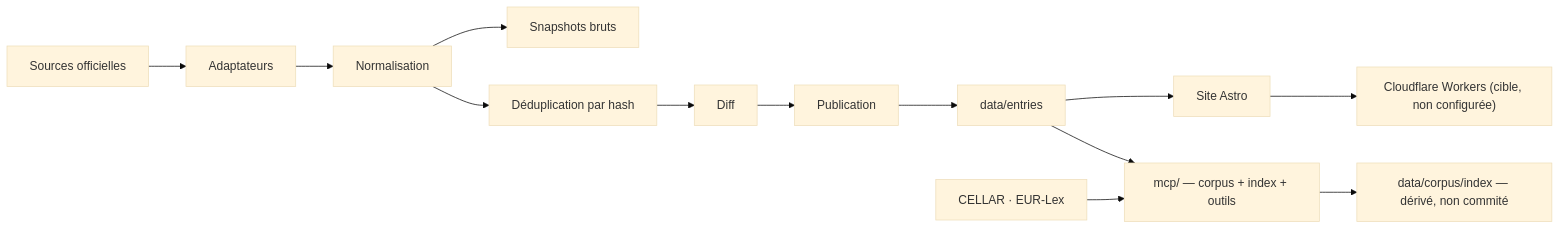
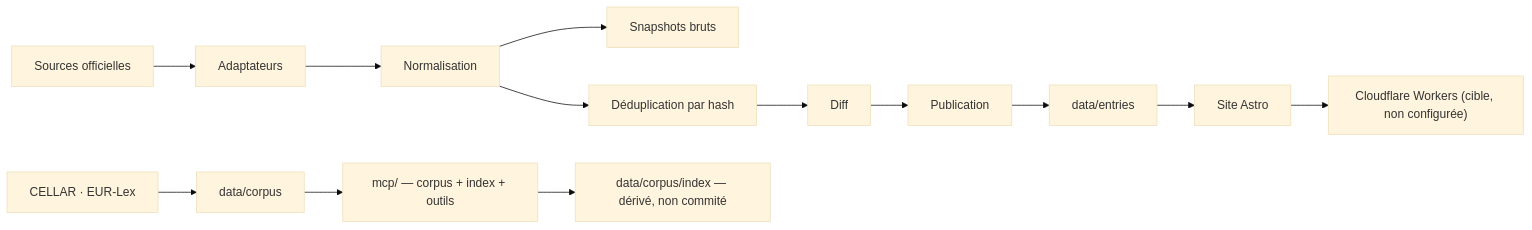
Before and after one commit to Beccariavf/vitrine: the diagram in aidd_docs/memory/architecture.md, drawn with Mermaid (base theme). The commit also changed other lines of this file and 7 other files, not shown here.

````diff
--- a/aidd_docs/memory/architecture.md
+++ b/aidd_docs/memory/architecture.md
@@ -13,15 +13,15 @@
 ```mermaid
 flowchart LR
   SRC["Sources officielles"] --> A["Adaptateurs"]
   A --> N["Normalisation"]
   N --> R["Snapshots bruts"]
   N --> U["Déduplication par hash"]
   U --> F["Diff"]
   F --> P["Publication"]
   P --> E["data/entries"]
   E --> S["Site Astro"]
   S --> W["Cloudflare Workers (cible, non configurée)"]
-  CELLAR["CELLAR · EUR-Lex"] --> MCP["mcp/ — corpus + index + outils"]
-  E --> MCP
+  CELLAR["CELLAR · EUR-Lex"] --> C["data/corpus"]
+  C --> MCP["mcp/ — corpus + index + outils"]
   MCP --> IDX["data/corpus/index — dérivé, non commité"]
 ```
````
